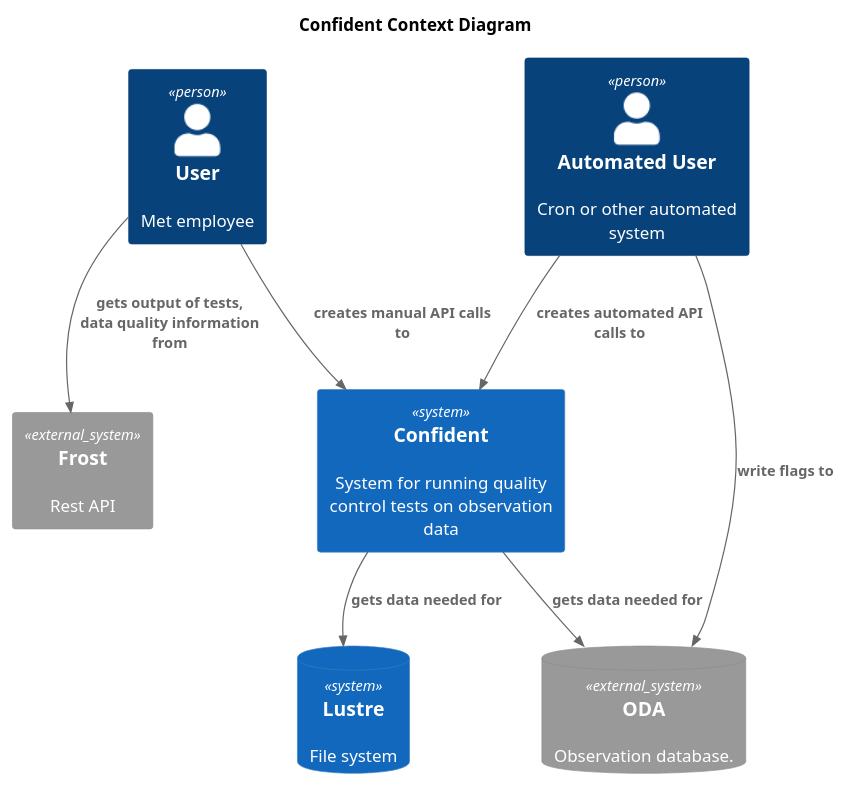
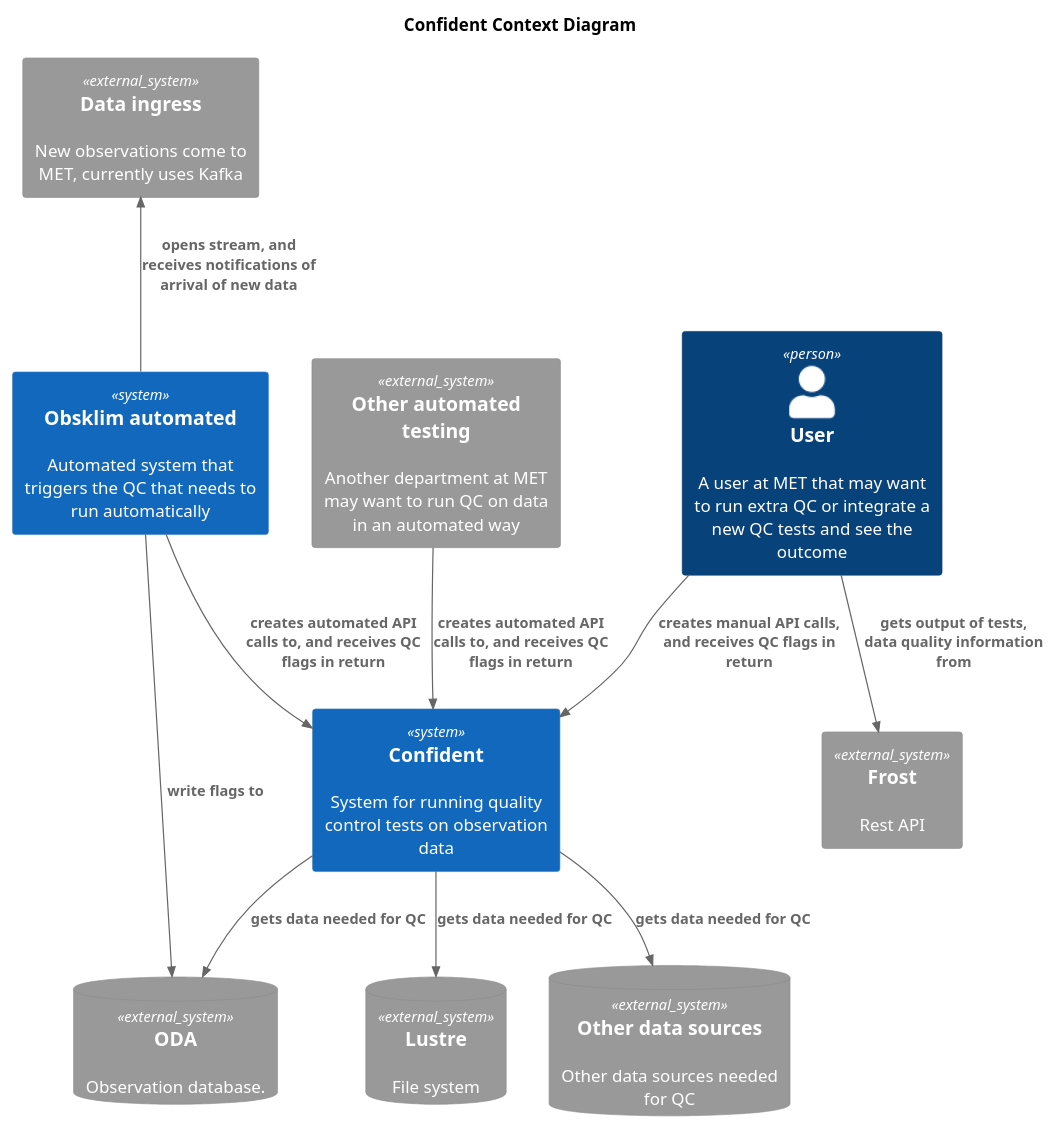
The diagram in docs/C4_context.puml (metno/rove), drawn with PlantUML before and after one commit. The commit also changed 4 other files, not shown here.

```diff
--- a/docs/C4_context.puml
+++ b/docs/C4_context.puml
@@ -1,25 +1,32 @@
 @startuml Confident_Context
 !include https://raw.githubusercontent.com/plantuml-stdlib/C4-PlantUML/master/C4_Container.puml
 
 LAYOUT_TOP_DOWN()
 
 title
   Confident Context Diagram
 end title 
 
-Person(user, "User", "Met employee")
-Person(automated_user, "Automated User", "Cron or other automated system")
+Person(user, "User", "A user at MET that may want to run extra QC or integrate a new QC tests and see the outcome")
+System(new_obs_system, "Obsklim automated", "Automated system that triggers the QC that needs to run automatically")
+System_Ext(kafka, "Data ingress", "New observations come to MET, currently uses Kafka")
+System_Ext(other_department, "Other automated testing", "Another department at MET may want to run QC on data in an automated way")
 
 System(confident, "Confident", "System for running quality control tests on observation data")
 System_Ext(frost, "Frost", "Rest API")
 SystemDb_Ext(oda, "ODA", "Observation database.")
-SystemDb(lustre, "Lustre", "File system")
+SystemDb_Ext(lustre, "Lustre", "File system")
+SystemDb_Ext(datasources, "Other data sources", "Other data sources needed for QC")
 
-Rel(user, confident, "creates manual API calls to")
-Rel(automated_user, confident, "creates automated API calls to")
+Rel_U(new_obs_system, kafka, "opens stream, and receives notifications of arrival of new data")
 
-Rel(confident, oda, "gets data needed for")
-Rel(automated_user, oda, "write flags to")
-Rel(confident, lustre, "gets data needed for")
+Rel(user, confident, "creates manual API calls, and receives QC flags in return")
+Rel(new_obs_system, confident, "creates automated API calls to, and receives QC flags in return")
+Rel(other_department, confident, "creates automated API calls to, and receives QC flags in return")
+
+Rel(confident, oda, "gets data needed for QC")
+Rel(new_obs_system, oda, "write flags to")
+Rel(confident, lustre, "gets data needed for QC")
+Rel(confident, datasources, "gets data needed for QC")
 Rel(user, frost, "gets output of tests, data quality information from")
 @enduml
```
